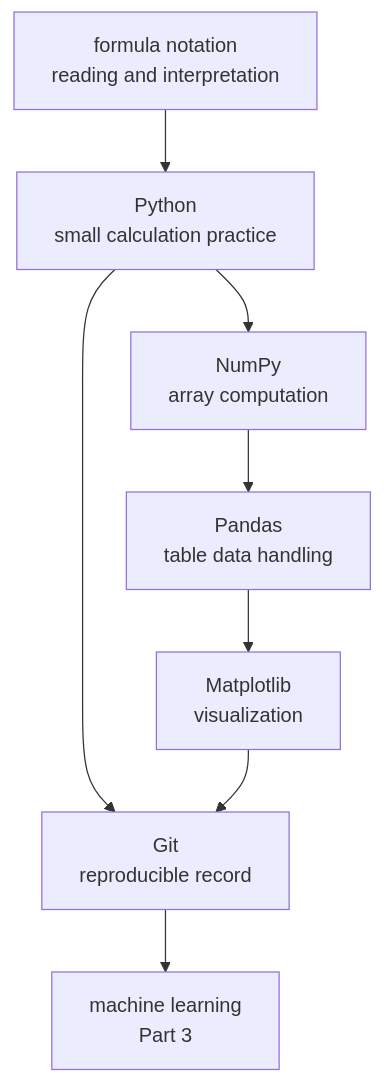
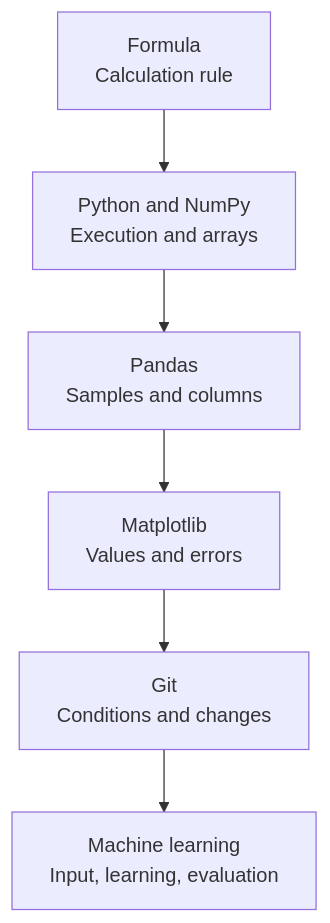
Before and after one commit to devchan64/AiBook: the diagram in docs/assets/part-02/chapter-15/part2-learning-map-flow-en.mmd, drawn with Mermaid. The commit also changed 22 other files, not shown here.

Commit message:
docs: reinforce P2-15 formula and evaluation lessons

```diff
--- a/docs/assets/part-02/chapter-15/part2-learning-map-flow-en.mmd
+++ b/docs/assets/part-02/chapter-15/part2-learning-map-flow-en.mmd
@@ -1,15 +1,9 @@
 flowchart TD
-  A["formula notation<br/>reading and interpretation"]
-  B["Python<br/>small calculation practice"]
-  C["NumPy<br/>array computation"]
-  D["Pandas<br/>table data handling"]
-  E["Matplotlib<br/>visualization"]
-  F["Git<br/>reproducible record"]
-  G["machine learning<br/>Part 3"]
+  A["Formula<br/>Calculation rule"]
+  B["Python and NumPy<br/>Execution and arrays"]
+  C["Pandas<br/>Samples and columns"]
+  D["Matplotlib<br/>Values and errors"]
+  E["Git<br/>Conditions and changes"]
+  F["Machine learning<br/>Input, learning, evaluation"]
 
-  A --> B --> C
-  C --> D
-  D --> E
-  B --> F
-  E --> F
-  F --> G
+  A --> B --> C --> D --> E --> F
```
